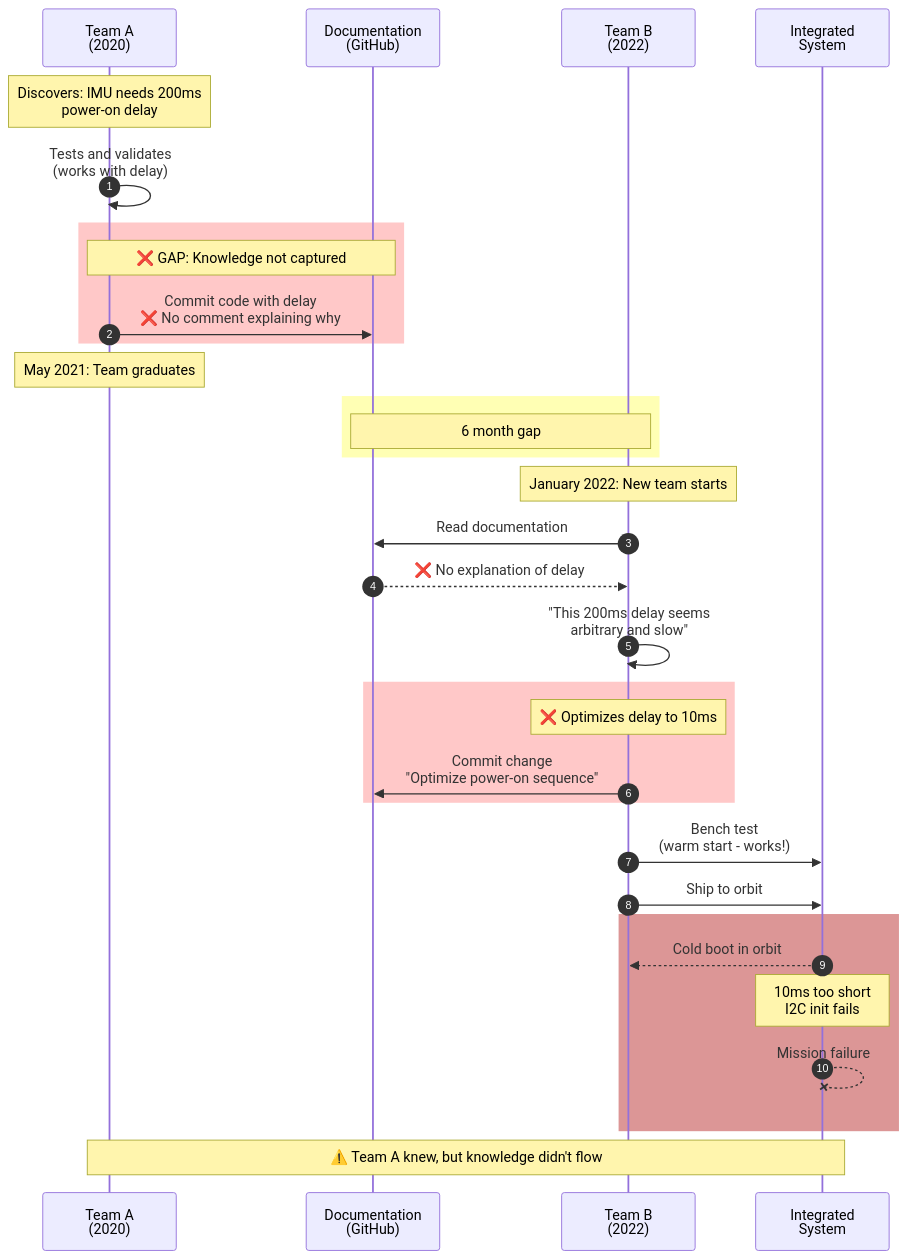
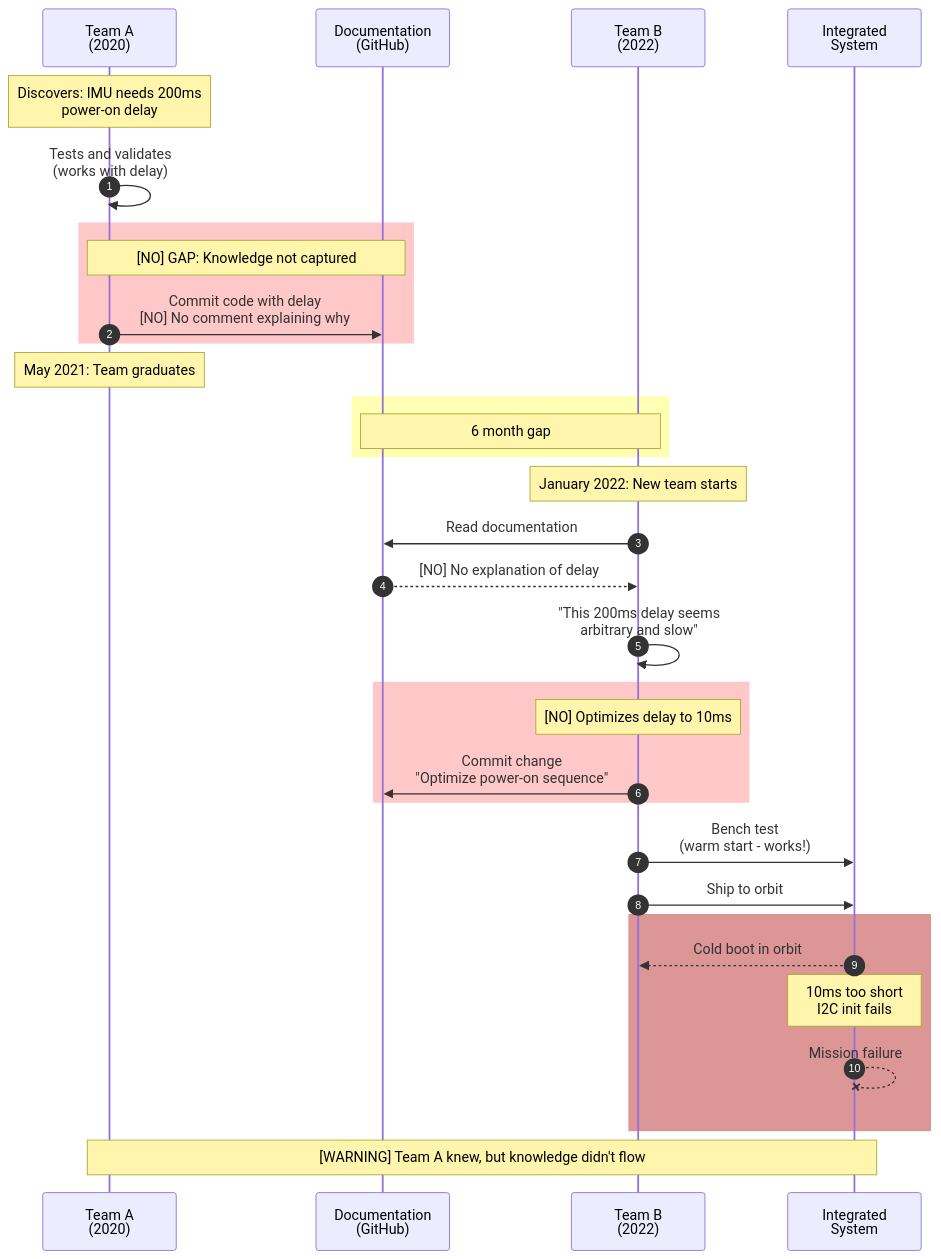
One commit to Lizo-RoadTown/PROVES_LIBRARY changed the sixth of 9 diagrams in docs/diagrams/team-boundaries.md. Above: the diagram before and after it, drawn with Mermaid. The commit also changed other lines of this file and 152 other files, not shown here.

````diff
--- a/docs/diagrams/team-boundaries.md
+++ b/docs/diagrams/team-boundaries.md
@@ -293,47 +293,47 @@
 ```mermaid
 sequenceDiagram
     autonumber
     participant TeamA as Team A<br/>(2020)
     participant Docs as Documentation<br/>(GitHub)
     participant TeamB as Team B<br/>(2022)
     participant System as Integrated<br/>System
 
     Note over TeamA: Discovers: IMU needs 200ms<br/>power-on delay
 
     TeamA->>TeamA: Tests and validates<br/>(works with delay)
 
     rect rgb(255, 200, 200)
-        Note over TeamA,Docs: ❌ GAP: Knowledge not captured
-        TeamA->>Docs: Commit code with delay<br/>❌ No comment explaining why
+        Note over TeamA,Docs: [NO] GAP: Knowledge not captured
+        TeamA->>Docs: Commit code with delay<br/>[NO] No comment explaining why
     end
 
     Note over TeamA: May 2021: Team graduates
 
     rect rgb(255, 255, 180)
         Note over Docs,TeamB: 6 month gap
     end
 
     Note over TeamB: January 2022: New team starts
 
     TeamB->>Docs: Read documentation
-    Docs-->>TeamB: ❌ No explanation of delay
+    Docs-->>TeamB: [NO] No explanation of delay
 
     TeamB->>TeamB: "This 200ms delay seems<br/>arbitrary and slow"
 
     rect rgb(255, 200, 200)
-        Note over TeamB: ❌ Optimizes delay to 10ms
+        Note over TeamB: [NO] Optimizes delay to 10ms
         TeamB->>Docs: Commit change<br/>"Optimize power-on sequence"
     end
 
     TeamB->>System: Bench test<br/>(warm start - works!)
 
     TeamB->>System: Ship to orbit
 
     rect rgb(220, 150, 150)
         System-->>TeamB: Cold boot in orbit
         Note over System: 10ms too short<br/>I2C init fails
         System--XSystem: Mission failure
     end
 
-    Note over TeamA,System: ⚠️ Team A knew, but knowledge didn't flow
+    Note over TeamA,System: [WARNING] Team A knew, but knowledge didn't flow
 ```
````
